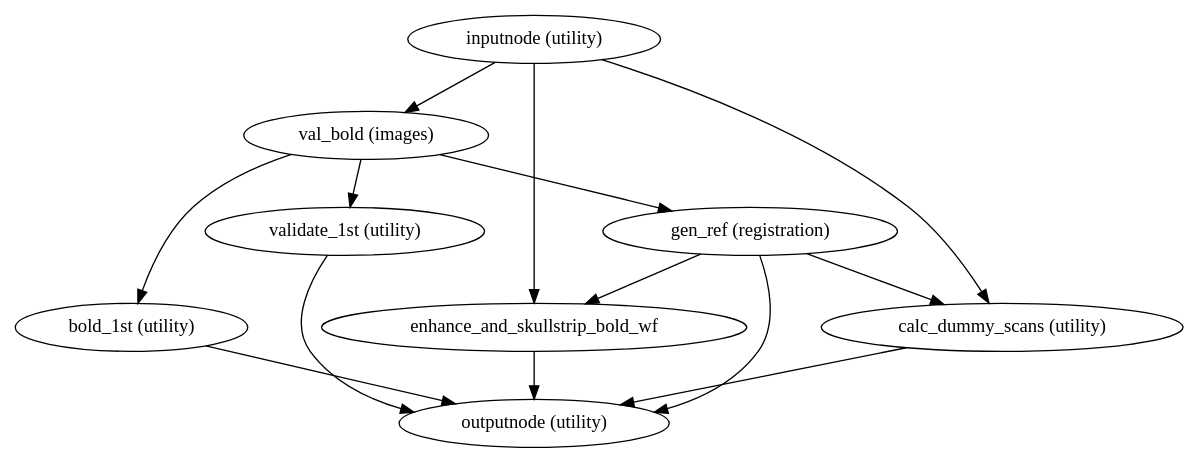
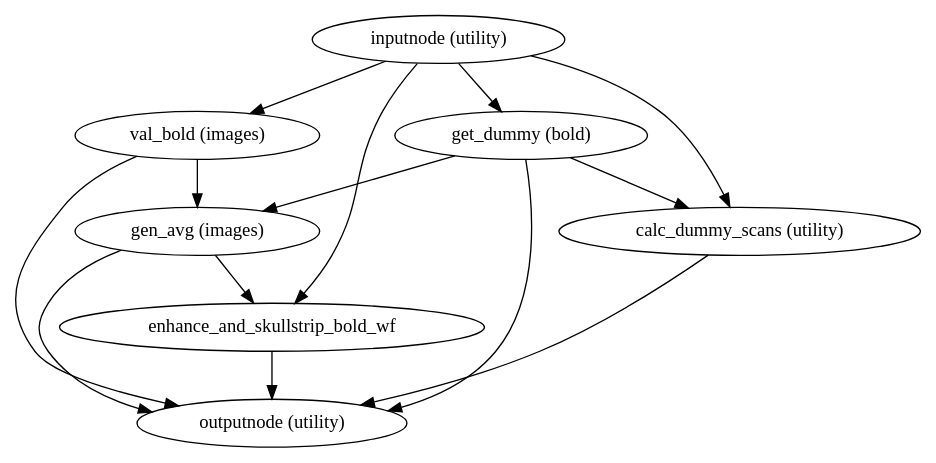
One commit to notZaki/niworkflows changed the diagram in 1.2.0rc1/wf_directive/api/bold_reference_wf/niworkflows-func-util-1.dot. Above: the diagram before and after it, drawn with Graphviz. The commit also changed 9643 other files, not shown here.

```diff
--- a/1.2.0rc1/wf_directive/api/bold_reference_wf/niworkflows-func-util-1.dot
+++ b/1.2.0rc1/wf_directive/api/bold_reference_wf/niworkflows-func-util-1.dot
@@ -1,23 +1,22 @@
 strict digraph  {
 "inputnode (utility)";
 "val_bold (images)";
+"get_dummy (bold)";
 enhance_and_skullstrip_bold_wf;
 "calc_dummy_scans (utility)";
-"gen_ref (registration)";
-"bold_1st (utility)";
-"validate_1st (utility)";
 "outputnode (utility)";
+"gen_avg (images)";
 "inputnode (utility)" -> "val_bold (images)";
+"inputnode (utility)" -> "get_dummy (bold)";
 "inputnode (utility)" -> enhance_and_skullstrip_bold_wf;
 "inputnode (utility)" -> "calc_dummy_scans (utility)";
-"val_bold (images)" -> "gen_ref (registration)";
-"val_bold (images)" -> "bold_1st (utility)";
-"val_bold (images)" -> "validate_1st (utility)";
+"val_bold (images)" -> "outputnode (utility)";
+"val_bold (images)" -> "gen_avg (images)";
+"get_dummy (bold)" -> "calc_dummy_scans (utility)";
+"get_dummy (bold)" -> "outputnode (utility)";
+"get_dummy (bold)" -> "gen_avg (images)";
 enhance_and_skullstrip_bold_wf -> "outputnode (utility)";
 "calc_dummy_scans (utility)" -> "outputnode (utility)";
-"gen_ref (registration)" -> enhance_and_skullstrip_bold_wf;
-"gen_ref (registration)" -> "calc_dummy_scans (utility)";
-"gen_ref (registration)" -> "outputnode (utility)";
-"bold_1st (utility)" -> "outputnode (utility)";
-"validate_1st (utility)" -> "outputnode (utility)";
+"gen_avg (images)" -> enhance_and_skullstrip_bold_wf;
+"gen_avg (images)" -> "outputnode (utility)";
 }
```
